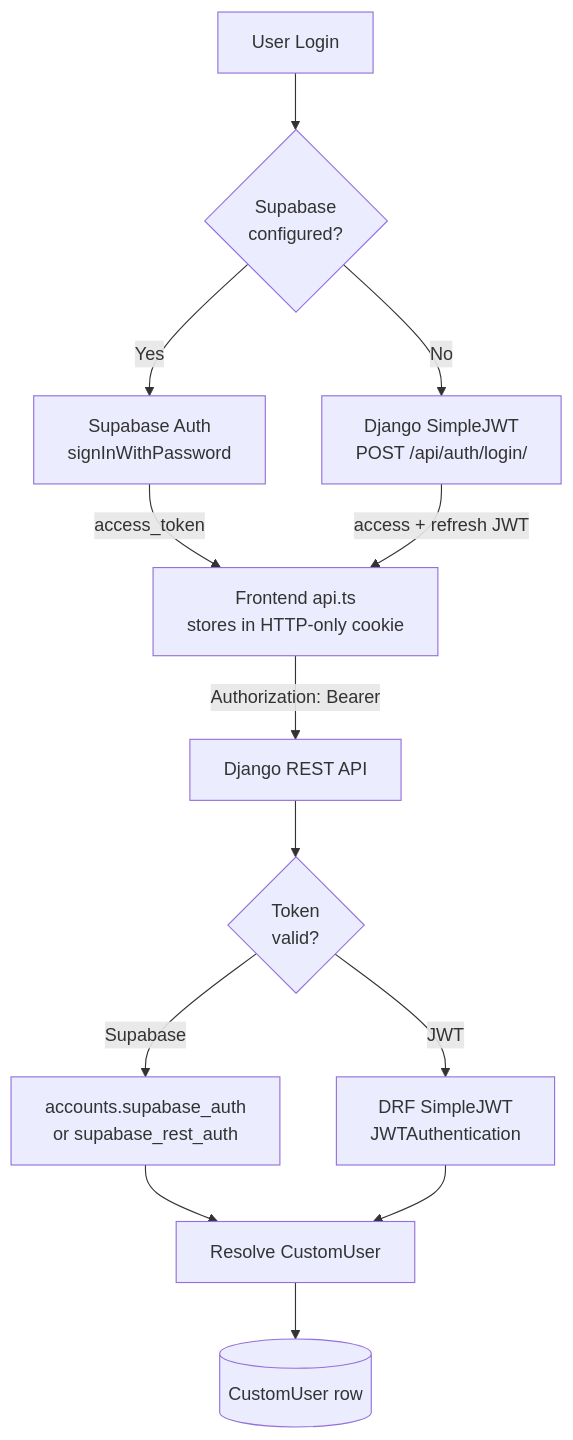
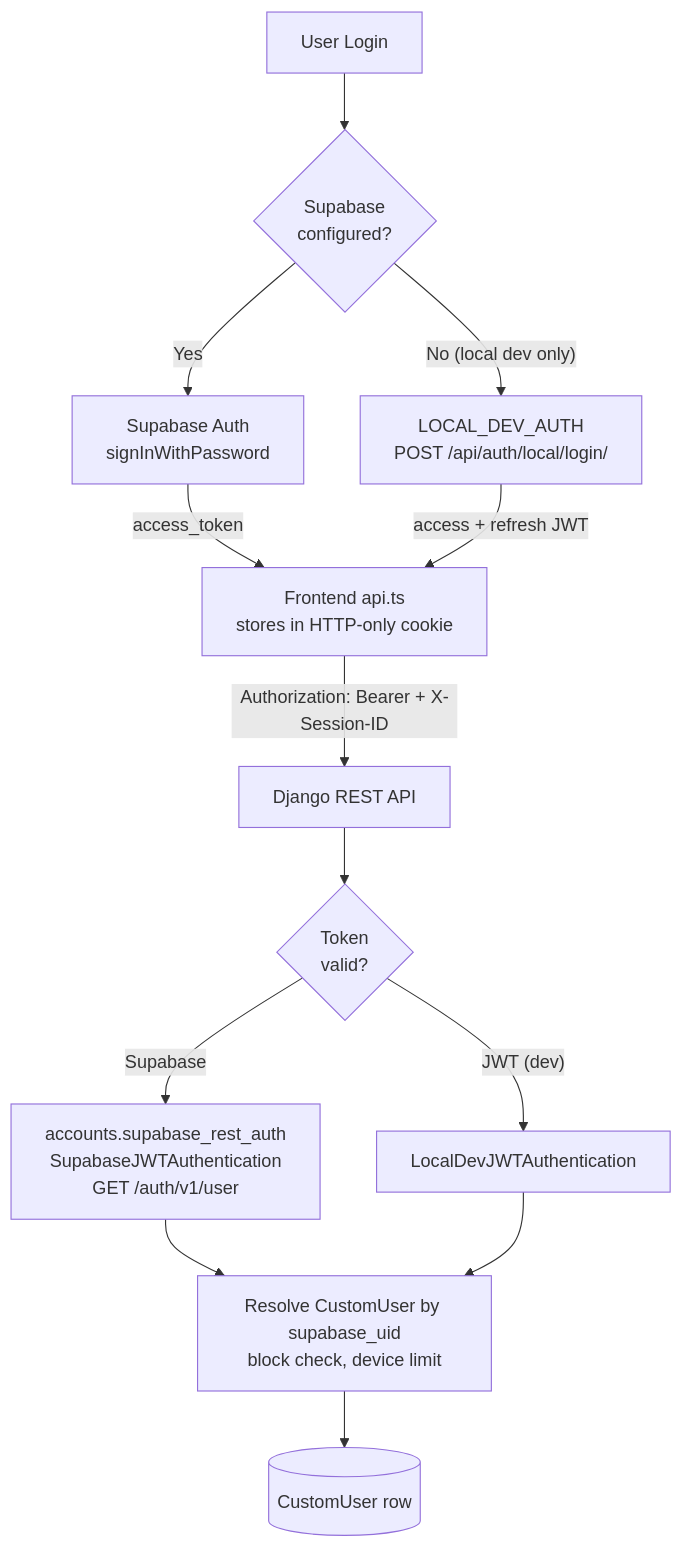
One commit to Divyanshu1Dubey/Crack_Me_AI changed the first of 6 diagrams in docs/AUTHENTICATION.md. Above: the diagram before and after it, drawn with Mermaid. The commit also changed other lines of this file and 26 other files, not shown here.

````diff
--- a/docs/AUTHENTICATION.md
+++ b/docs/AUTHENTICATION.md
@@ -11,17 +11,17 @@
 ```mermaid
 flowchart TB
     Login[User Login]
     EnvCheck{Supabase<br/>configured?}
     Login --> EnvCheck
     EnvCheck -- Yes --> SB[Supabase Auth<br/>signInWithPassword]
-    EnvCheck -- No --> DJ[Django SimpleJWT<br/>POST /api/auth/login/]
+    EnvCheck -- "No (local dev only)" --> DJ[LOCAL_DEV_AUTH<br/>POST /api/auth/local/login/]
     SB -->|access_token| Frontend[Frontend api.ts<br/>stores in HTTP-only cookie]
     DJ -->|access + refresh JWT| Frontend
-    Frontend -->|Authorization: Bearer| Backend[Django REST API]
+    Frontend -->|Authorization: Bearer + X-Session-ID| Backend[Django REST API]
     Backend --> Validate{Token<br/>valid?}
-    Validate -- Supabase --> SBValidate[accounts.supabase_auth<br/>or supabase_rest_auth]
-    Validate -- JWT --> JWTValidate[DRF SimpleJWT<br/>JWTAuthentication]
-    SBValidate --> Resolve[Resolve CustomUser]
+    Validate -- Supabase --> SBValidate[accounts.supabase_rest_auth<br/>SupabaseJWTAuthentication<br/>GET /auth/v1/user]
+    Validate -- "JWT (dev)" --> JWTValidate[LocalDevJWTAuthentication]
+    SBValidate --> Resolve[Resolve CustomUser by supabase_uid<br/>block check, device limit]
     JWTValidate --> Resolve
     Resolve --> User[(CustomUser row)]
 ```
````
